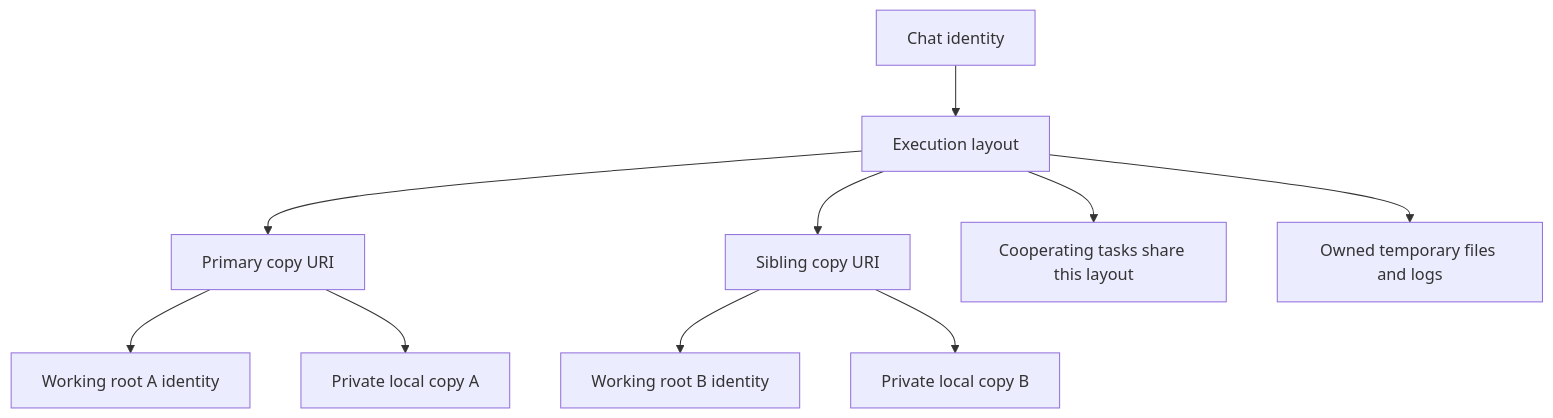
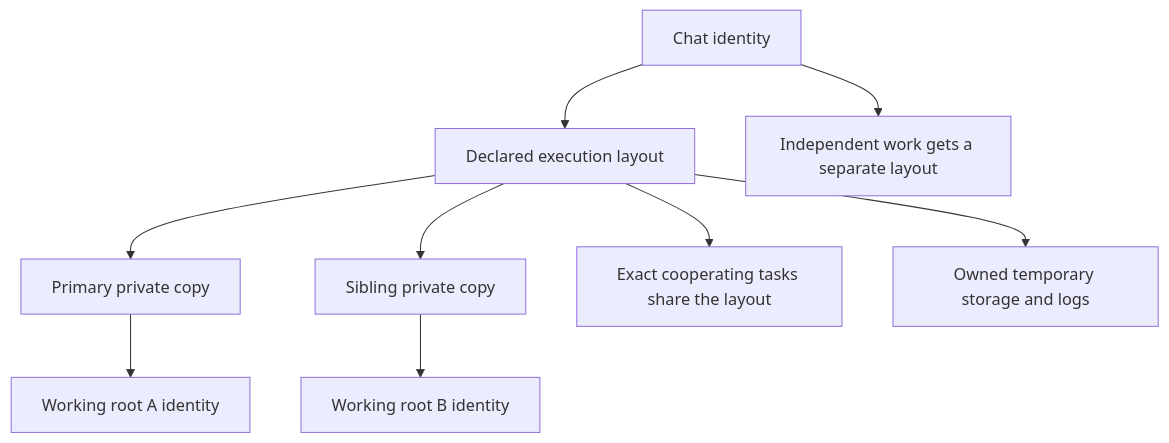
Before and after one commit to Agent-Field/CodeAF: the first of 2 diagrams in docs/architecture/workspaces-storage-relay.md, drawn with Mermaid. The commit also changed other lines of this file and 199 other files, not shown here.

````diff
--- a/docs/architecture/workspaces-storage-relay.md
+++ b/docs/architecture/workspaces-storage-relay.md
@@ -77,12 +35,11 @@
 ```mermaid
 flowchart TD
-    Chat[Chat identity] --> Layout[Execution layout]
-    Layout --> A[Primary copy URI]
-    Layout --> B[Sibling copy URI]
-    A --> RootA[Working root A identity]
-    B --> RootB[Working root B identity]
-    A --> LocalA[Private local copy A]
-    B --> LocalB[Private local copy B]
-    Layout --> Shared[Cooperating tasks share this layout]
-    Layout --> Temp[Owned temporary files and logs]
+    Chat[Chat identity] --> Layout[Declared execution layout]
+    Layout --> App[Primary private copy]
+    Layout --> Library[Sibling private copy]
+    App --> A[Working root A identity]
+    Library --> B[Working root B identity]
+    Layout --> Cooperation[Exact cooperating tasks share the layout]
+    Chat --> Independent[Independent work gets a separate layout]
+    Layout --> Runtime[Owned temporary storage and logs]
 ```
````
